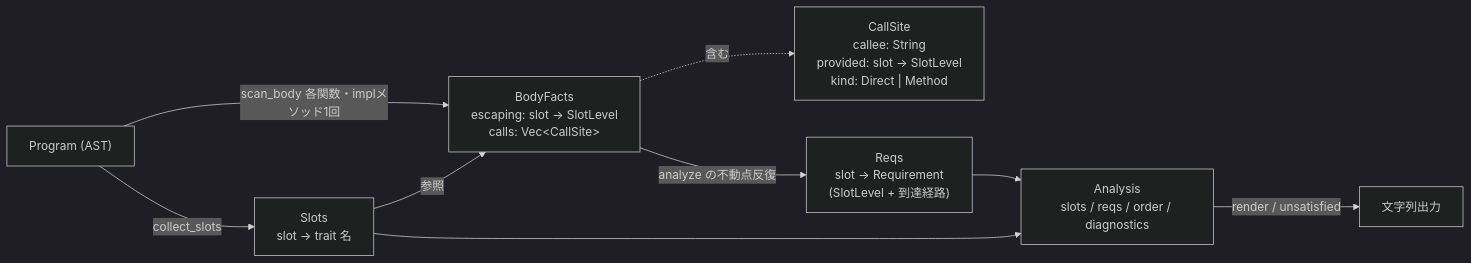
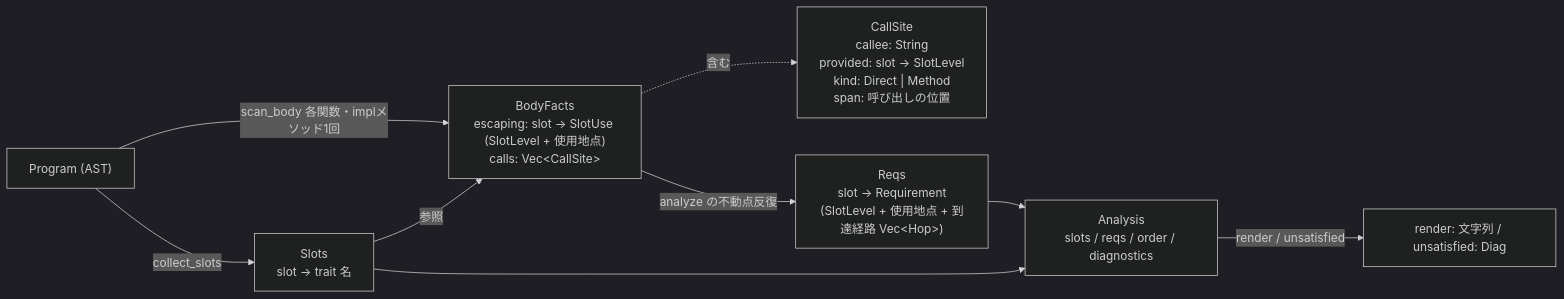
The second of 2 diagrams in docs/requirement-map.md (mikan-919/rhodolite), drawn with Mermaid (dark theme) before and after one commit. The commit also changed other lines of this file and 3 other files, not shown here.

````diff
--- a/docs/requirement-map.md
+++ b/docs/requirement-map.md
@@ -57,19 +57,19 @@
 ```mermaid
 flowchart LR
     P["Program (AST)"]
     S["Slots<br/>slot -> trait 名"]
-    BF["BodyFacts<br/>escaping: slot -> SlotLevel<br/>calls: Vec&lt;CallSite&gt;"]
-    CS["CallSite<br/>callee: String<br/>provided: slot -> SlotLevel<br/>kind: Direct | Method"]
-    R["Reqs<br/>slot -> Requirement<br/>(SlotLevel + 到達経路)"]
+    BF["BodyFacts<br/>escaping: slot -> SlotUse (SlotLevel + 使用地点)<br/>calls: Vec&lt;CallSite&gt;"]
+    CS["CallSite<br/>callee: String<br/>provided: slot -> SlotLevel<br/>kind: Direct | Method<br/>span: 呼び出しの位置"]
+    R["Reqs<br/>slot -> Requirement<br/>(SlotLevel + 使用地点 + 到達経路 Vec&lt;Hop&gt;)"]
     A["Analysis<br/>slots / reqs / order / diagnostics"]
-    OUT["文字列出力"]
+    OUT["render: 文字列 / unsatisfied: Diag"]
 
     P -->|collect_slots| S
     P -->|scan_body 各関数・implメソッド1回| BF
     BF -.含む.-> CS
     S -->|参照| BF
     BF -->|analyze の不動点反復| R
     R --> A
     S --> A
     A -->|render / unsatisfied| OUT
 ```
````
